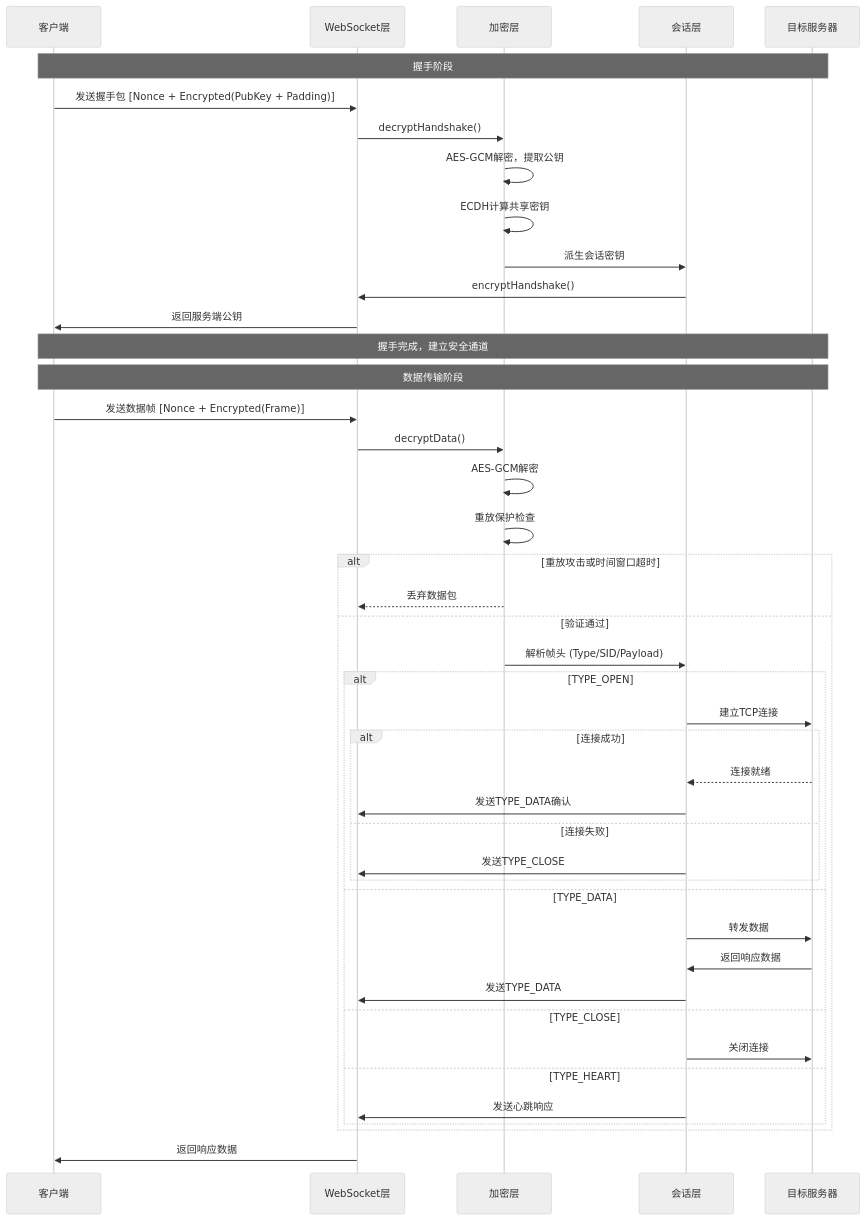
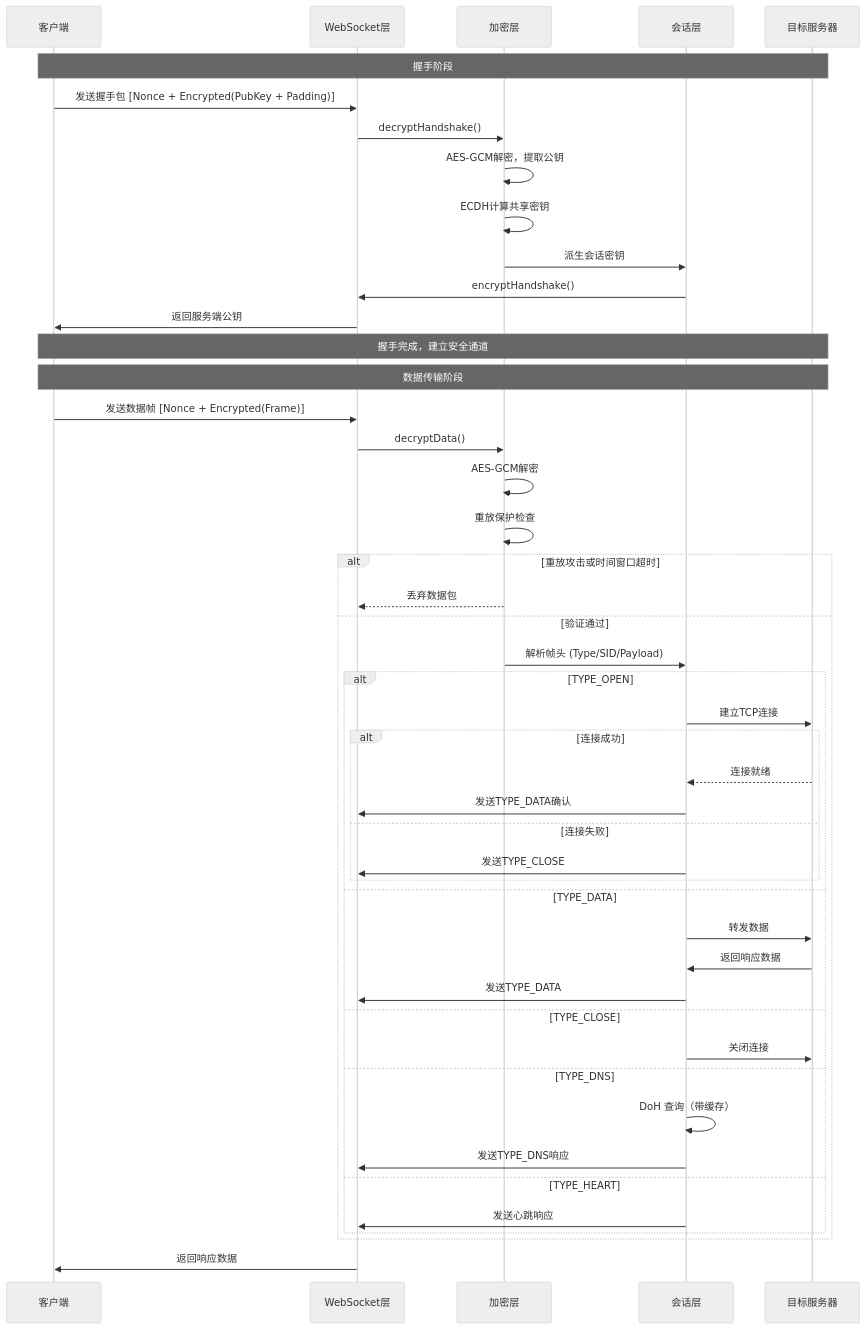
The diagram in 协议.md (juerson/sspwss), drawn with Mermaid (neutral theme) before and after one commit. The commit also changed other lines of this file, not shown here.

````diff
--- a/协议.md
+++ b/协议.md
@@ -122,47 +152,50 @@
 ```mermaid
 sequenceDiagram
     participant Client as 客户端
     participant WS as WebSocket层
     participant Crypto as 加密层
     participant Session as 会话层
     participant Target as 目标服务器
 
     Note over Client,Target: 握手阶段
     Client->>WS: 发送握手包 [Nonce + Encrypted(PubKey + Padding)]
     WS->>Crypto: decryptHandshake()
     Crypto->>Crypto: AES-GCM解密，提取公钥
     Crypto->>Crypto: ECDH计算共享密钥
     Crypto->>Session: 派生会话密钥
     Session->>WS: encryptHandshake()
     WS->>Client: 返回服务端公钥
     Note over Client,Target: 握手完成，建立安全通道
 
     Note over Client,Target: 数据传输阶段
     Client->>WS: 发送数据帧 [Nonce + Encrypted(Frame)]
     WS->>Crypto: decryptData()
     Crypto->>Crypto: AES-GCM解密
     Crypto->>Crypto: 重放保护检查
     alt 重放攻击或时间窗口超时
         Crypto-->>WS: 丢弃数据包
     else 验证通过
         Crypto->>Session: 解析帧头 (Type/SID/Payload)
         alt TYPE_OPEN
             Session->>Target: 建立TCP连接
             alt 连接成功
                 Target-->>Session: 连接就绪
                 Session->>WS: 发送TYPE_DATA确认
             else 连接失败
                 Session->>WS: 发送TYPE_CLOSE
             end
         else TYPE_DATA
             Session->>Target: 转发数据
             Target->>Session: 返回响应数据
             Session->>WS: 发送TYPE_DATA
         else TYPE_CLOSE
             Session->>Target: 关闭连接
+        else TYPE_DNS
+            Session->>Session: DoH 查询（带缓存）
+            Session->>WS: 发送TYPE_DNS响应
         else TYPE_HEART
             Session->>WS: 发送心跳响应
         end
     end
     WS->>Client: 返回响应数据
 ```
````
